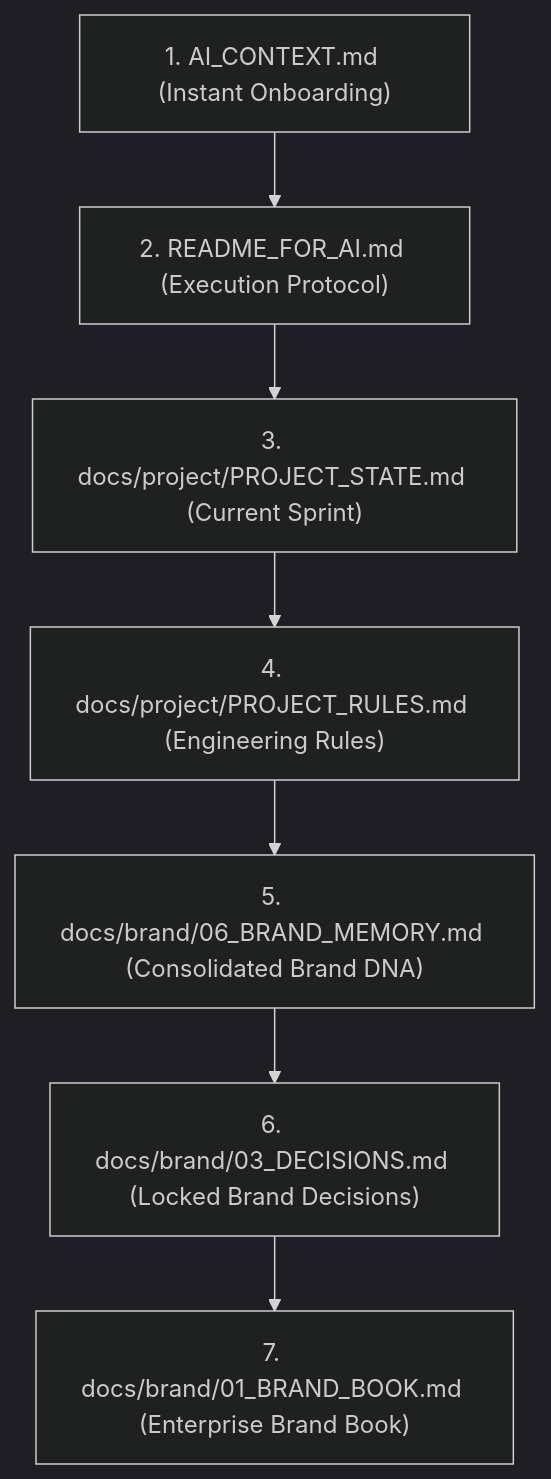
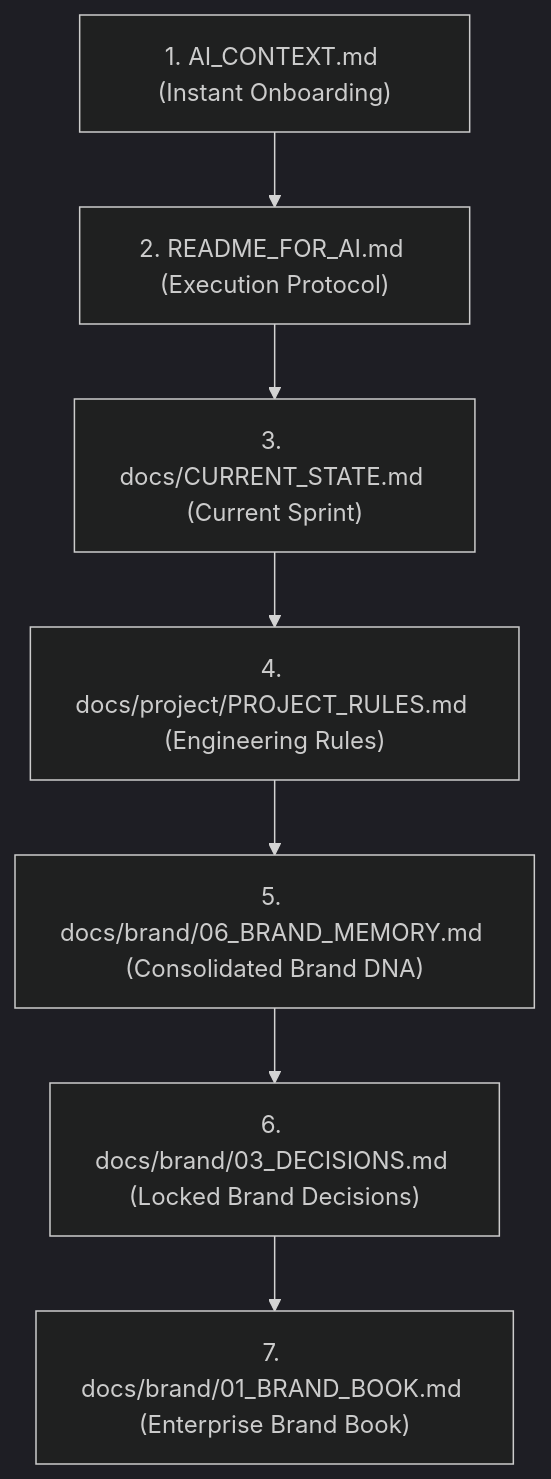
The diagram in README_FOR_AI.md (abdosayed2023as/raghad-commerce-platform), drawn with Mermaid (dark theme) before and after one commit. The commit also changed other lines of this file and 26 other files, not shown here.

````diff
--- a/README_FOR_AI.md
+++ b/README_FOR_AI.md
@@ -11,9 +11,9 @@
 ```mermaid
 graph TD
     A["1. AI_CONTEXT.md (Instant Onboarding)"] --> B["2. README_FOR_AI.md (Execution Protocol)"]
-    B --> C["3. docs/project/PROJECT_STATE.md (Current Sprint)"]
+    B --> C["3. docs/CURRENT_STATE.md (Current Sprint)"]
     C --> D["4. docs/project/PROJECT_RULES.md (Engineering Rules)"]
     D --> E["5. docs/brand/06_BRAND_MEMORY.md (Consolidated Brand DNA)"]
     E --> F["6. docs/brand/03_DECISIONS.md (Locked Brand Decisions)"]
     F --> G["7. docs/brand/01_BRAND_BOOK.md (Enterprise Brand Book)"]
 ```
````
